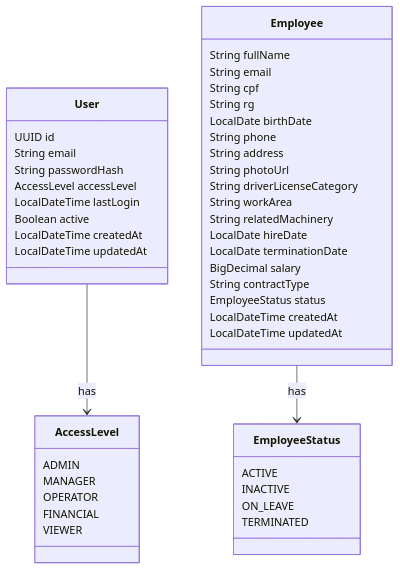
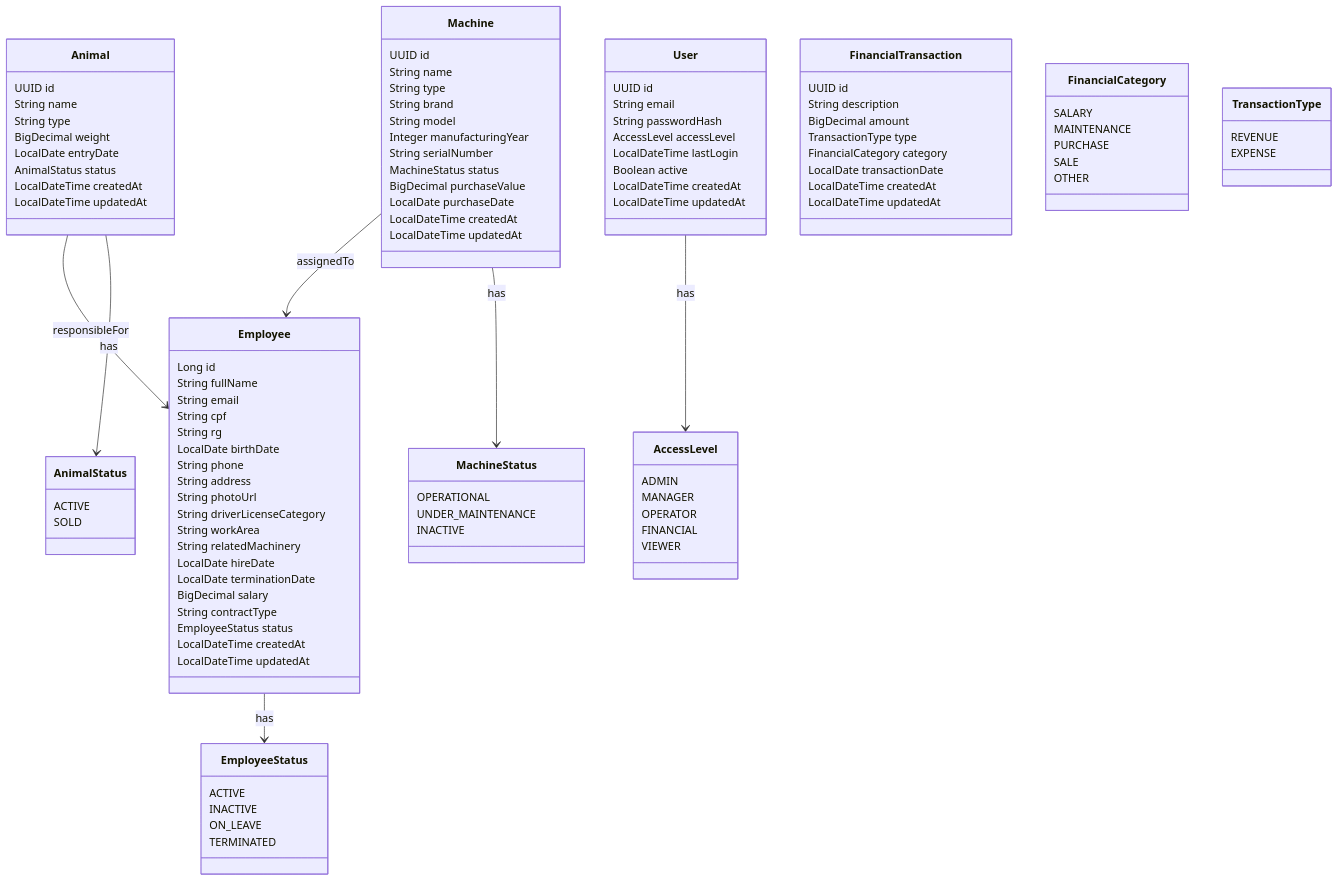
Before and after one commit to Pablo-M-Santos/Agrosoft: the diagram in README.md, drawn with Mermaid.

Commit message:
feat: Add classes for Machine, Animal, FinancialTransaction, and related statuses #08

````diff
--- a/README.md
+++ b/README.md
@@ -142,6 +142,7 @@
     }
 
     class Employee {
+        Long id
         String fullName
         String email
         String cpf
@@ -177,6 +178,73 @@
         TERMINATED
     }
 
+    class Machine {
+        UUID id
+        String name
+        String type
+        String brand
+        String model
+        Integer manufacturingYear
+        String serialNumber
+        MachineStatus status
+        BigDecimal purchaseValue
+        LocalDate purchaseDate
+        LocalDateTime createdAt
+        LocalDateTime updatedAt
+    }
+
+    class MachineStatus {
+        OPERATIONAL
+        UNDER_MAINTENANCE
+        INACTIVE
+    }
+
+    class Animal {
+        UUID id
+        String name
+        String type
+        BigDecimal weight
+        LocalDate entryDate
+        AnimalStatus status
+        LocalDateTime createdAt
+        LocalDateTime updatedAt
+    }
+
+    class AnimalStatus {
+        ACTIVE
+        SOLD
+    }
+
+    class FinancialTransaction {
+        UUID id
+        String description
+        BigDecimal amount
+        TransactionType type
+        FinancialCategory category
+        LocalDate transactionDate
+        LocalDateTime createdAt
+        LocalDateTime updatedAt
+    }
+
+    class FinancialCategory {
+        SALARY
+        MAINTENANCE
+        PURCHASE
+        SALE
+        OTHER
+    }
+
+    class TransactionType {
+        REVENUE
+        EXPENSE
+    }
+
+
     User --> AccessLevel : has
     Employee --> EmployeeStatus : has
+    Machine --> MachineStatus : has
+    Machine --> Employee : assignedTo
+    Animal --> AnimalStatus : has
+    Animal --> Employee : responsibleFor
+
 ```
````
